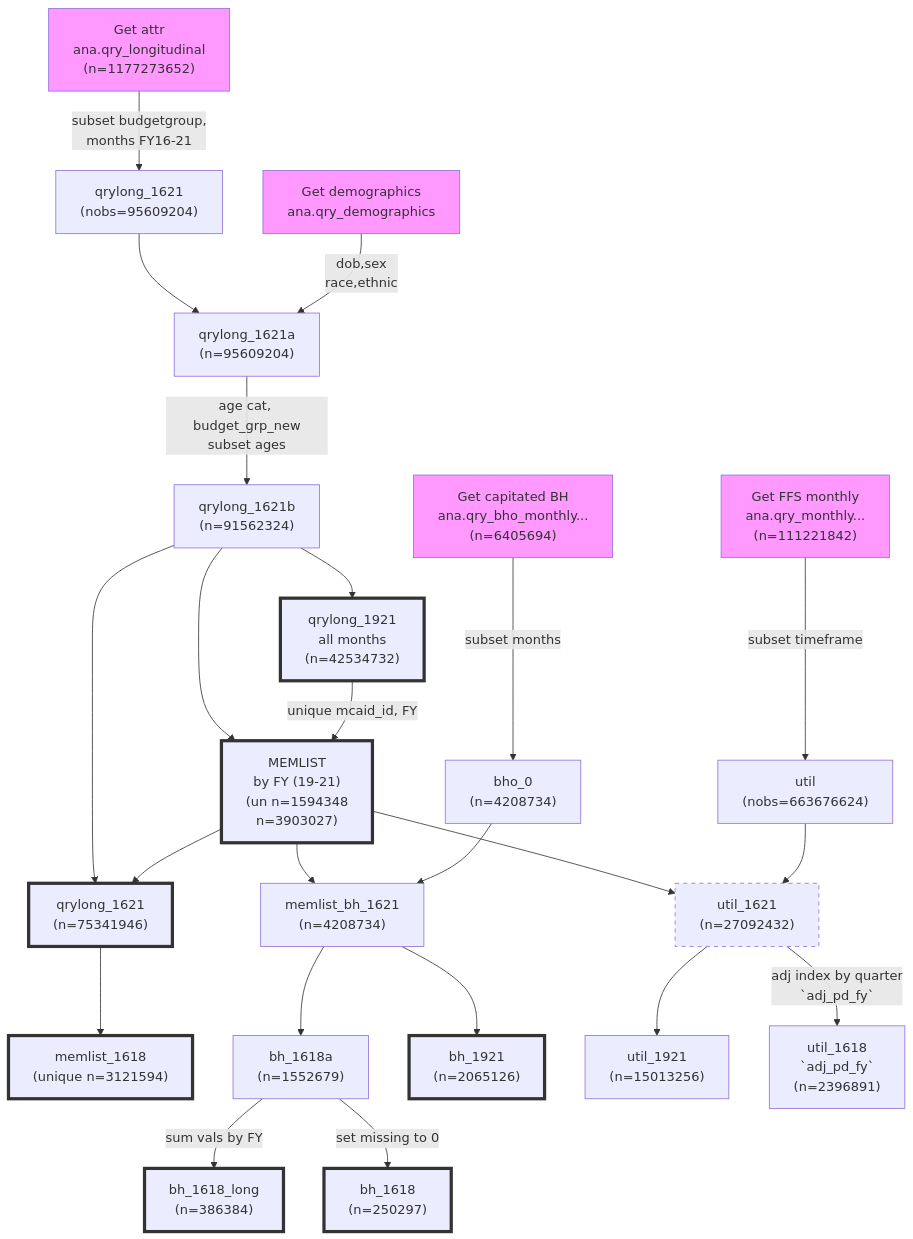
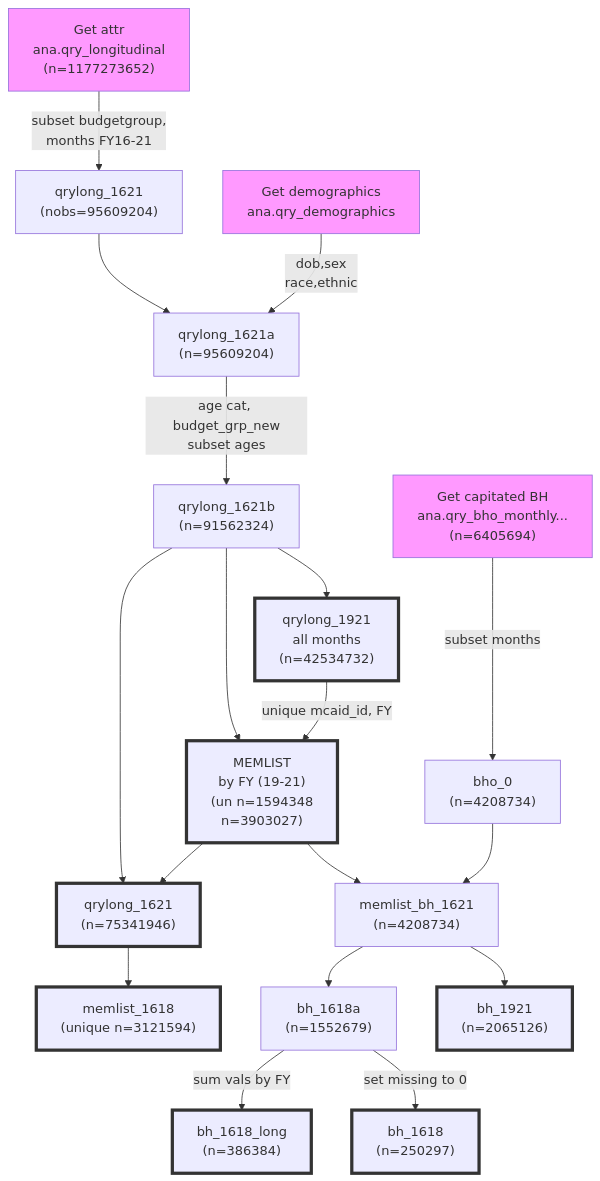
One commit to CUDFM-Analytics/isp_utilization changed the first of 2 diagrams in readme.qmd. Above: the diagram before and after it, drawn with Mermaid. The commit also changed other lines of this file and 6 other files, not shown here.

````diff
--- a/readme.qmd
+++ b/readme.qmd
@@ -9,39 +14,30 @@
 ```{mermaid}
 flowchart TD
  A1["Get attr\nana.qry_longitudinal\n(n=1177273652)"] -->|subset budgetgroup,\nmonths FY16-21 | B["qrylong_1621\n(nobs=95609204)"] 
  style A1 fill:#f9f
  A2["Get demographics\nana.qry_demographics"] -->|dob,sex\nrace,ethnic | C  
  style A2 fill:#f9f
  B --> C["qrylong_1621a\n(n=95609204)"]   
  C --> |age cat, budget_grp_new\nsubset ages | D["qrylong_1621b\n(n=91562324)"]
  D --> | | D1["qrylong_1921\nall months\n(n=42534732)"] -->| unique mcaid_id, FY|E 
   style D1 stroke:#333,stroke-width:4px
  D --> E["MEMLIST\nby FY (19-21)\n(un n=1594348\nn=3903027)" ] --> F["qrylong_1621\n(n=75341946)"]  
 
  style E stroke:#333,stroke-width:4px
  style F stroke:#333,stroke-width:4px
  D --> F 
  
  F --> | | G["memlist_1618\n(unique n=3121594)"]  
  style G stroke:#333,stroke-width:4px
  A3["Get capitated BH\nana.qry_bho_monthly...\n(n=6405694)"] ---> |subset months | bho_0["bho_0\n(n=4208734)"] 
   style A3 fill:#f9f 
  bho_0 --> H["memlist_bh_1621\n(n=4208734)"]  
  E --> H
  H --> H2["bh_1618a\n(n=1552679)"] & H1["bh_1921\n(n=2065126)"]
   style H1 stroke:#333,stroke-width:4px
  H2 --> |sum vals by FY | bh_1618_long["bh_1618_long\n(n=386384)"] 
  style bh_1618_long stroke:#333,stroke-width:4px
  H2 --> |set missing to 0| bh_1618["bh_1618\n(n=250297)"]
  style bh_1618 stroke:#333,stroke-width:4px
 
- A4["Get FFS monthly\nana.qry_monthly...\n(n=111221842)"] --->|subset timeframe| A41["util\n(nobs=663676624)"] 
- A41 --> A43["util_1621\n(n=27092432)"] 
- style A43 stroke-dasharray: 5 5 
- E --> A43
- style A4 fill:#f9f
- A43 --> A4a["util_1921\n(n=15013256)"] 
- A43 --> | adj index by quarter\n`adj_pd_fy`| A4b["util_1618\n`adj_pd_fy`\n(n=2396891)"] 
-
-
 ```  
````
